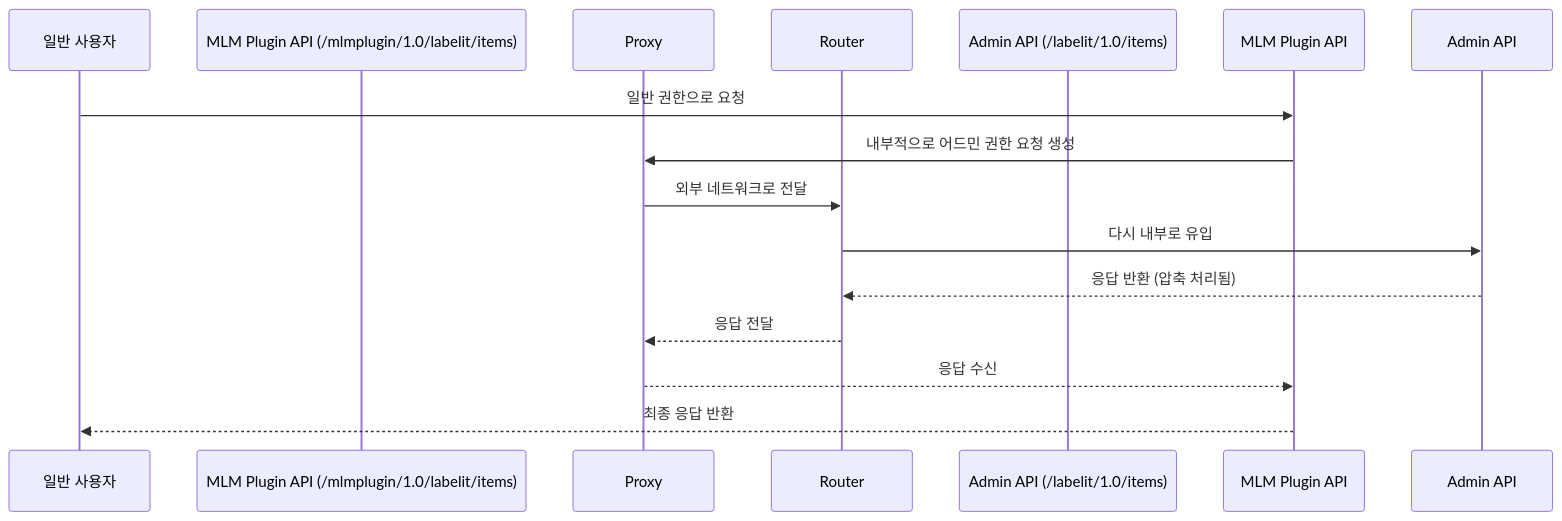
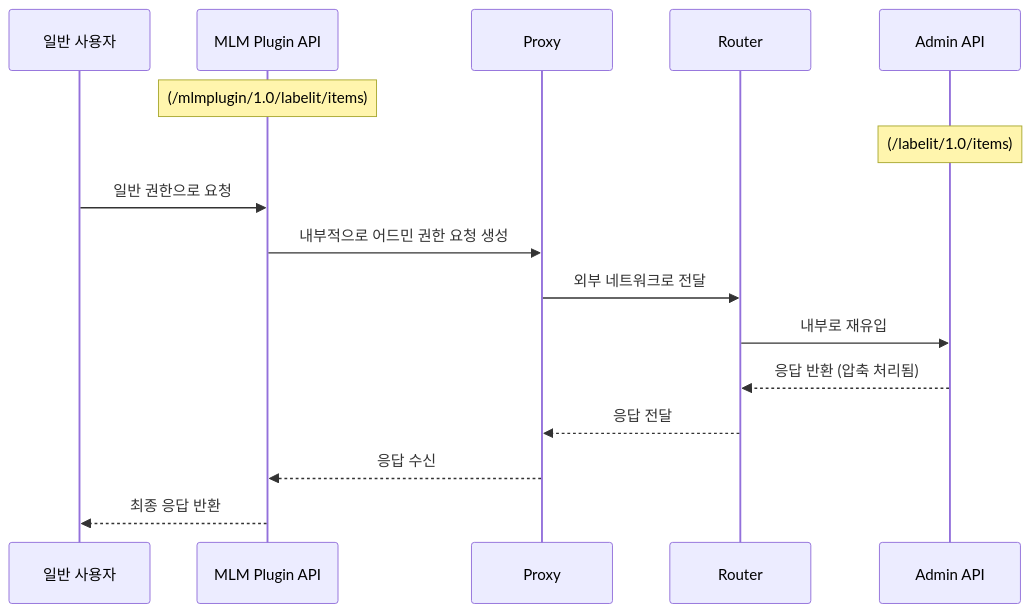
Before and after one commit to wypark70/jira-log-viewer: the diagram in docs/jira issues/이슈 생성 정리.md, drawn with Mermaid. The commit also changed other lines of this file, not shown here.

Commit message:
doc: 다이어그램 수정

````diff
--- a/docs/jira issues/이슈 생성 정리.md
+++ b/docs/jira issues/이슈 생성 정리.md
@@ -87,17 +87,20 @@
 ```mermaid
 sequenceDiagram
-    participant 일반 사용자
-    participant MLM Plugin API (/mlmplugin/1.0/labelit/items)
-    participant Proxy
-    participant Router
-    participant Admin API (/labelit/1.0/items)
+    participant U as 일반 사용자
+    participant M as MLM Plugin API
+    participant P as Proxy
+    participant R as Router
+    participant A as Admin API
 
-    일반 사용자->>MLM Plugin API: 일반 권한으로 요청
-    MLM Plugin API->>Proxy: 내부적으로 어드민 권한 요청 생성
-    Proxy->>Router: 외부 네트워크로 전달
-    Router->>Admin API: 다시 내부로 유입
-    Admin API-->>Router: 응답 반환 (압축 처리됨)
-    Router-->>Proxy: 응답 전달
-    Proxy-->>MLM Plugin API: 응답 수신
-    MLM Plugin API-->>일반 사용자: 최종 응답 반환
+    note over M: (/mlmplugin/1.0/labelit/items)
+    note over A: (/labelit/1.0/items)
+
+    U->>M: 일반 권한으로 요청
+    M->>P: 내부적으로 어드민 권한 요청 생성
+    P->>R: 외부 네트워크로 전달
+    R->>A: 내부로 재유입
+    A-->>R: 응답 반환 (압축 처리됨)
+    R-->>P: 응답 전달
+    P-->>M: 응답 수신
+    M-->>U: 최종 응답 반환
 ```
````
